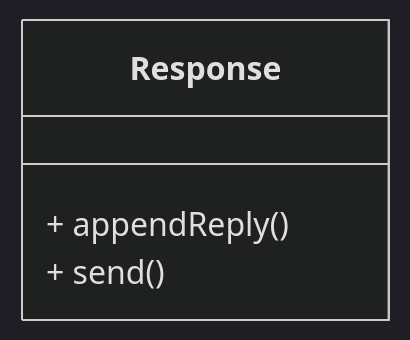
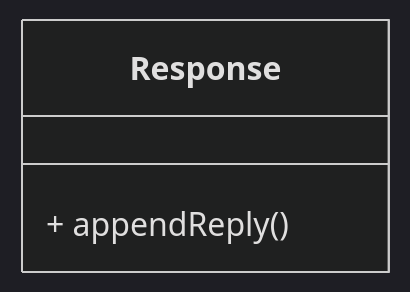
Before and after one commit to mfukui1218/irc: diagram 12 of 13 in docs/class_design.md, drawn with Mermaid (dark theme). The commit also changed other lines of this file, not shown here.

````diff
--- a/docs/class_design.md
+++ b/docs/class_design.md
@@ -218,7 +213,6 @@
 ```mermaid
 classDiagram
 	class Response {
 		+ appendReply()
-		+ send()
 	}
 ```
````
